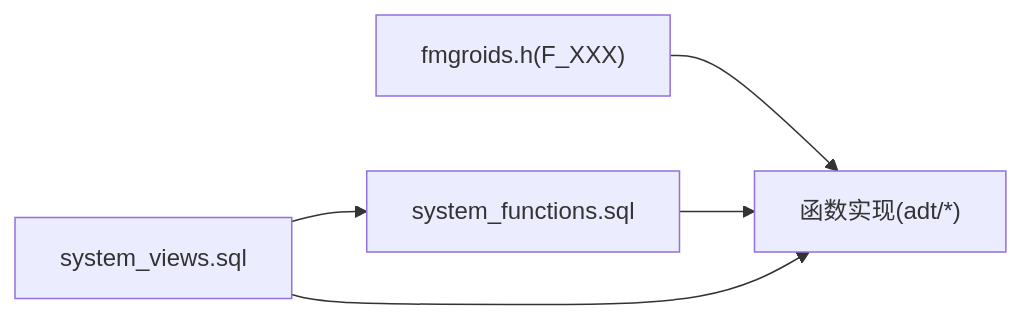
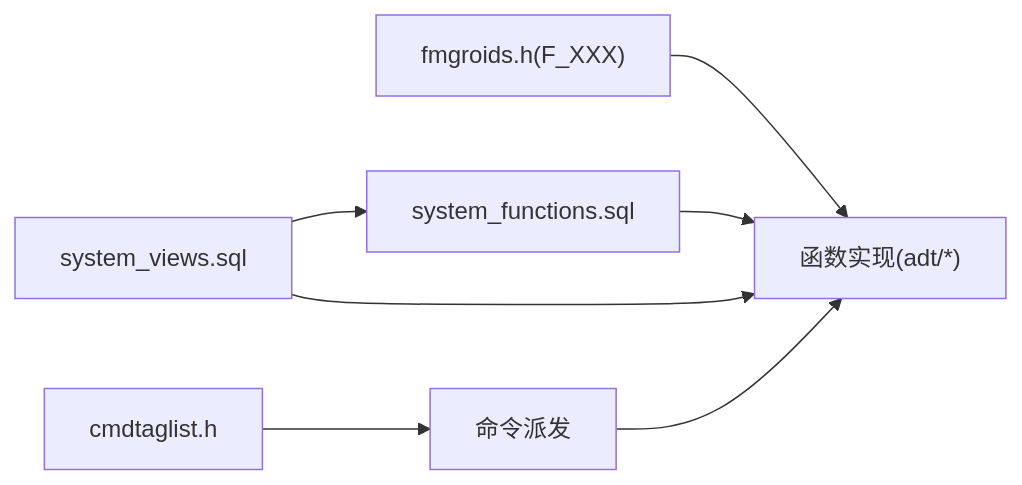
The third of 3 diagrams in .qoder/repowiki/zh/content/API参考/系统API参考.md (chirpyli/minipg), drawn with Mermaid before and after one commit. The commit also changed other lines of this file and 362 other files, not shown here.

````diff
--- a/.qoder/repowiki/zh/content/API参考/系统API参考.md
+++ b/.qoder/repowiki/zh/content/API参考/系统API参考.md
@@ -268,7 +284,9 @@
 ```mermaid
 graph LR
 O["fmgroids.h(F_XXX)"] --> I["函数实现(adt/*)"]
 S["system_functions.sql"] --> I
 V["system_views.sql"] --> S
 V --> I
+CT["cmdtaglist.h"] --> P["命令派发"]
+P --> I
 ```
````
